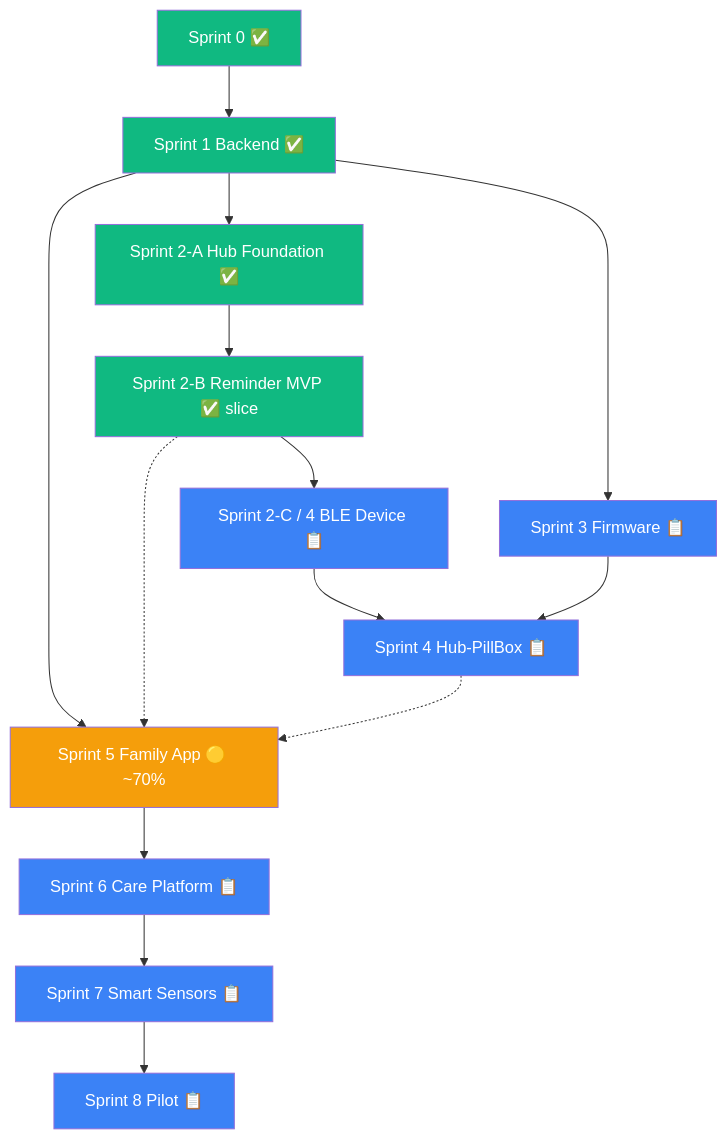
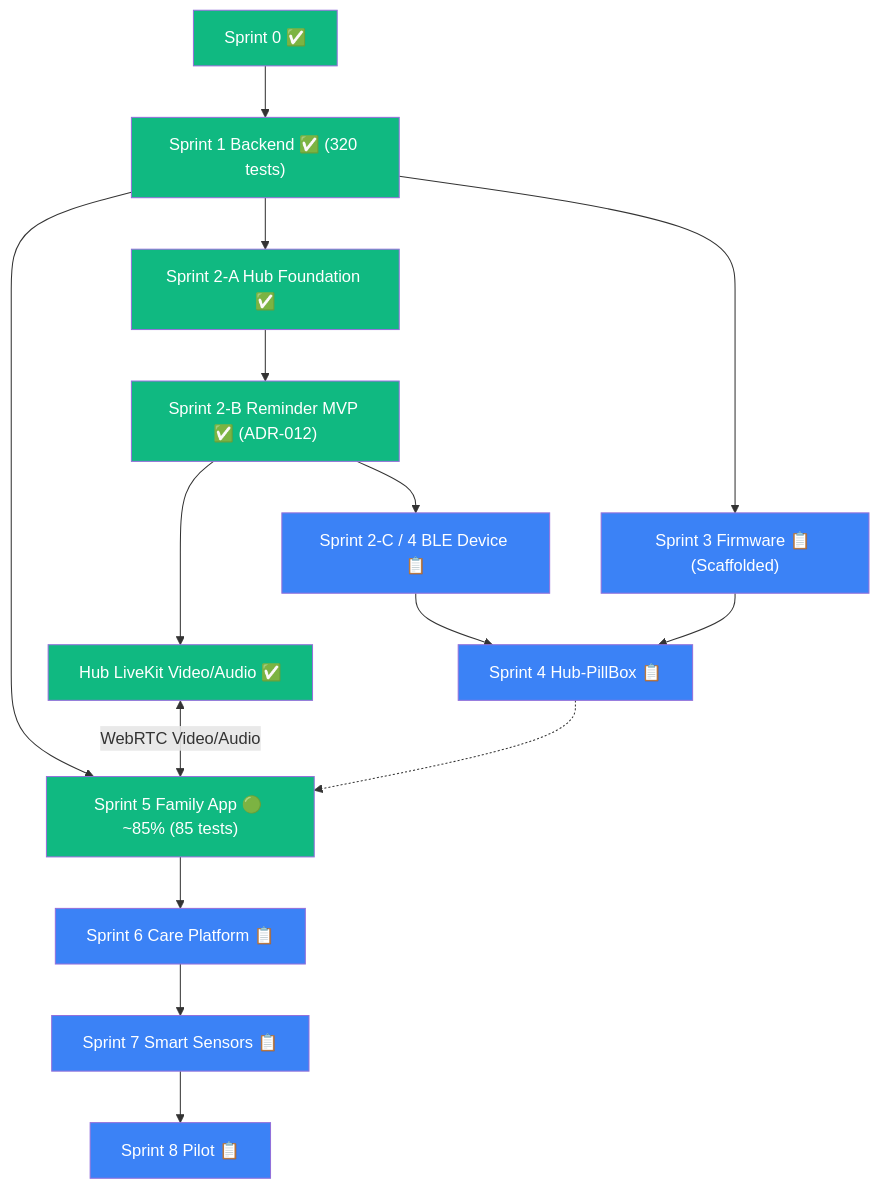
One commit to Aurliano/yara-care-os changed the ninth of 11 diagrams in docs/progress-flowchart.md. Above: the diagram before and after it, drawn with Mermaid. The commit also changed other lines of this file and 75 other files, not shown here.

````diff
--- a/docs/progress-flowchart.md
+++ b/docs/progress-flowchart.md
@@ -474,40 +468,43 @@
 ```mermaid
 flowchart TD
     S0_START["Sprint 0 ✅"]
-    S1_DELIVER["Sprint 1 Backend ✅"]
+    S1_DELIVER["Sprint 1 Backend ✅ (320 tests)"]
     S2_HUB_A["Sprint 2-A Hub Foundation ✅"]
-    S2_HUB_B["Sprint 2-B Reminder MVP ✅ slice"]
+    S2_HUB_B["Sprint 2-B Reminder MVP ✅ (ADR-012)"]
+    S2_HUB_LIVEKIT["Hub LiveKit Video/Audio ✅"]
     S2_HUB_C["Sprint 2-C / 4 BLE Device 📋"]
-    S3_FW["Sprint 3 Firmware 📋"]
+    S3_FW["Sprint 3 Firmware 📋 (Scaffolded)"]
     S4_INTEGRATE["Sprint 4 Hub-PillBox 📋"]
-    S5_APP["Sprint 5 Family App 🟡 ~70%"]
+    S5_APP["Sprint 5 Family App 🟢 ~85% (85 tests)"]
     S6_PLATFORM["Sprint 6 Care Platform 📋"]
     S7_SENSORS["Sprint 7 Smart Sensors 📋"]
     S8_PILOT["Sprint 8 Pilot 📋"]
 
     S0_START --> S1_DELIVER
     S1_DELIVER --> S2_HUB_A
     S1_DELIVER --> S3_FW
     S1_DELIVER --> S5_APP
     S2_HUB_A --> S2_HUB_B
+    S2_HUB_B --> S2_HUB_LIVEKIT
     S2_HUB_B --> S2_HUB_C
     S2_HUB_C --> S4_INTEGRATE
     S3_FW --> S4_INTEGRATE
-    S2_HUB_B -.-> S5_APP
+    S2_HUB_LIVEKIT <-->|WebRTC Video/Audio| S5_APP
     S4_INTEGRATE -.-> S5_APP
     S5_APP --> S6_PLATFORM
     S6_PLATFORM --> S7_SENSORS
     S7_SENSORS --> S8_PILOT
 
     style S0_START fill:#10b981,color:white
     style S1_DELIVER fill:#10b981,color:white
     style S2_HUB_A fill:#10b981,color:white
     style S2_HUB_B fill:#10b981,color:white
+    style S2_HUB_LIVEKIT fill:#10b981,color:white
     style S2_HUB_C fill:#3b82f6,color:white
     style S3_FW fill:#3b82f6,color:white
     style S4_INTEGRATE fill:#3b82f6,color:white
-    style S5_APP fill:#f59e0b,color:white
+    style S5_APP fill:#10b981,color:white
     style S6_PLATFORM fill:#3b82f6,color:white
     style S7_SENSORS fill:#3b82f6,color:white
     style S8_PILOT fill:#3b82f6,color:white
 ```
````
